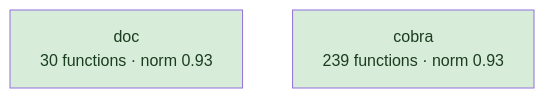
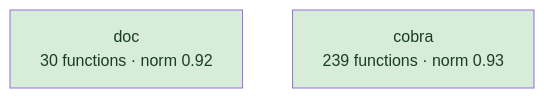
Before and after one commit to LukasSelin/doppel: the third of 8 diagrams in examples/cobra.md, drawn with Mermaid. The commit also changed other lines of this file and 7 other files, not shown here.

````diff
--- a/examples/cobra.md
+++ b/examples/cobra.md
@@ -186,9 +186,9 @@
 ```mermaid
 flowchart TD
-    h0["doc<br/>30 functions · norm 0.93"]
+    h0["doc<br/>30 functions · norm 0.92"]
     h1["cobra<br/>239 functions · norm 0.93"]
     classDef good fill:#d7ecd9,color:#1b3d20
     classDef warn fill:#fbeecb,color:#4a3a12
     classDef hot fill:#f7d6d6,color:#4a1c1c
     class h0,h1 good
 ```
````
